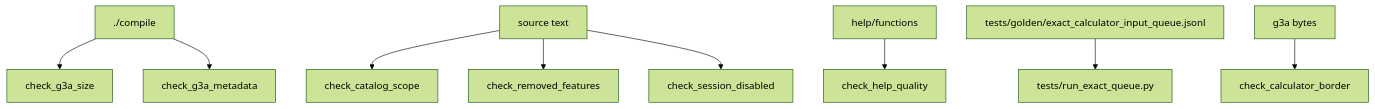
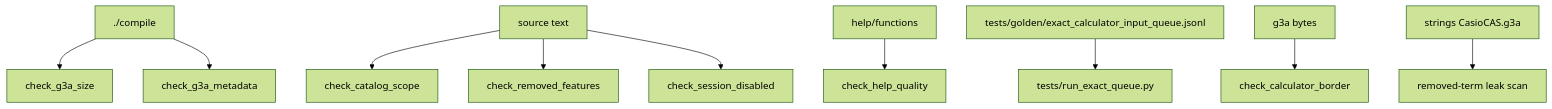
The sixth of 7 diagrams in docs/GRAPH.md (james8464/notes-addin-casio-fx-cg50), drawn with Mermaid (forest theme) before and after one commit. The commit also changed other lines of this file and 76 other files, not shown here.

````diff
--- a/docs/GRAPH.md
+++ b/docs/GRAPH.md
@@ -76,11 +84,12 @@
 ```mermaid
 graph TD
   Build["./compile"] --> Size["check_g3a_size"]
   Build --> Meta["check_g3a_metadata"]
   Source["source text"] --> Catalog["check_catalog_scope"]
   Source --> Removed["check_removed_features"]
   Source --> Session["check_session_disabled"]
   Help["help/functions"] --> HelpQ["check_help_quality"]
   Queue["tests/golden/exact_calculator_input_queue.jsonl"] --> Exact["tests/run_exact_queue.py"]
   UI["g3a bytes"] --> Border["check_calculator_border"]
+  Bin["strings CasioCAS.g3a"] --> Leak["removed-term leak scan"]
 ```
````
